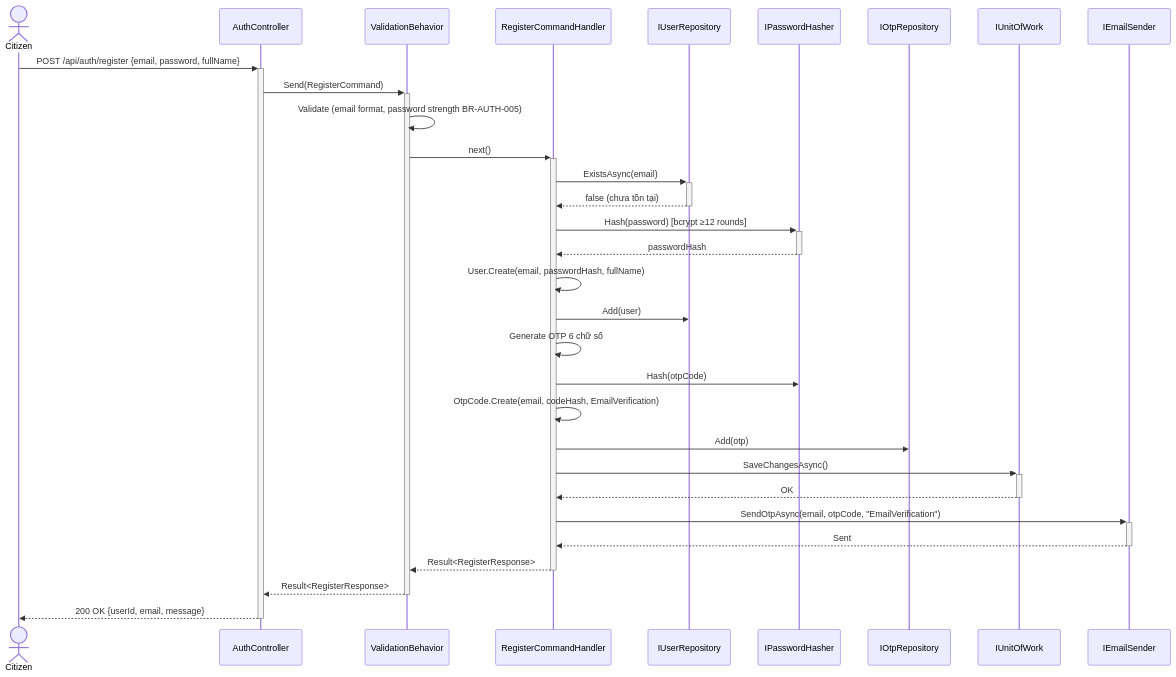
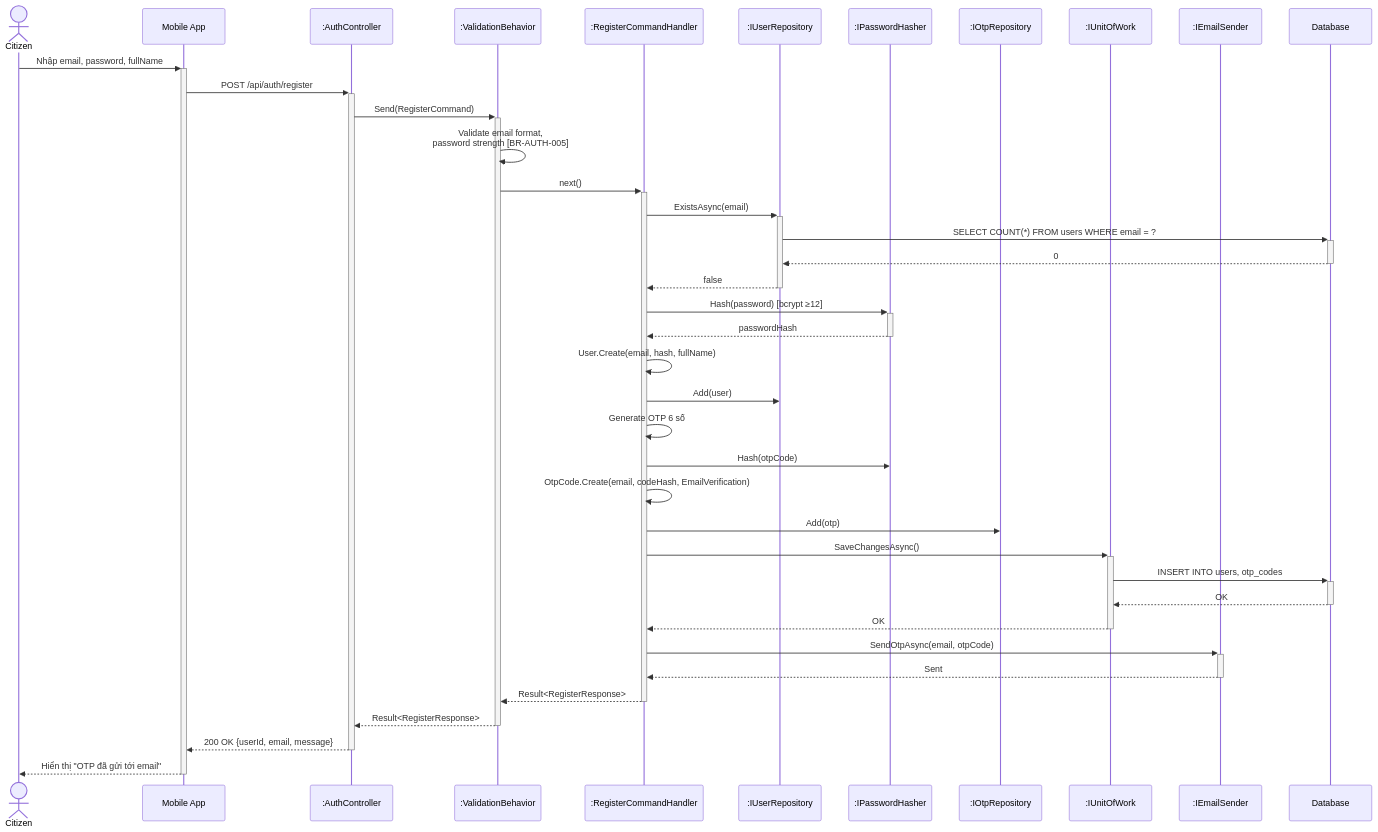
One commit to Capstonne-Project/greenlens-service changed the first of 25 diagrams in docs/BusinessRule/SEQUENCE_DIAGRAMS.md. Above: the diagram before and after it, drawn with Mermaid. The commit also changed other lines of this file, not shown here.

Commit message:
fix(docs): enhance format sequence diagram

````diff
--- a/docs/BusinessRule/SEQUENCE_DIAGRAMS.md
+++ b/docs/BusinessRule/SEQUENCE_DIAGRAMS.md
@@ -17,41 +21,49 @@
 ```mermaid
 sequenceDiagram
     actor Citizen
-    participant API as AuthController
-    participant Val as ValidationBehavior
-    participant Handler as RegisterCommandHandler
-    participant UserRepo as IUserRepository
-    participant Hasher as IPasswordHasher
-    participant OtpRepo as IOtpRepository
-    participant UoW as IUnitOfWork
-    participant Email as IEmailSender
+    participant App as Mobile App
+    participant Ctrl as :AuthController
+    participant Val as :ValidationBehavior
+    participant Hdl as :RegisterCommandHandler
+    participant Repo as :IUserRepository
+    participant Hash as :IPasswordHasher
+    participant OtpRepo as :IOtpRepository
+    participant UoW as :IUnitOfWork
+    participant Email as :IEmailSender
+    participant DB as Database
 
-    Citizen->>+API: POST /api/auth/register {email, password, fullName}
-    API->>+Val: Send(RegisterCommand)
-    Val->>Val: Validate (email format, password strength BR-AUTH-005)
-    Val->>+Handler: next()
+    Citizen->>+App: Nhập email, password, fullName
+    App->>+Ctrl: POST /api/auth/register
+    Ctrl->>+Val: Send(RegisterCommand)
+    Val->>Val: Validate email format,<br/>password strength [BR-AUTH-005]
+    Val->>+Hdl: next()
 
-    Handler->>+UserRepo: ExistsAsync(email)
-    UserRepo-->>-Handler: false (chưa tồn tại)
+    Hdl->>+Repo: ExistsAsync(email)
+    Repo->>+DB: SELECT COUNT(*) FROM users WHERE email = ?
+    DB-->>-Repo: 0
+    Repo-->>-Hdl: false
 
-    Handler->>+Hasher: Hash(password) [bcrypt ≥12 rounds]
-    Hasher-->>-Handler: passwordHash
+    Hdl->>+Hash: Hash(password) [bcrypt ≥12]
+    Hash-->>-Hdl: passwordHash
 
-    Handler->>Handler: User.Create(email, passwordHash, fullName)
-    Handler->>UserRepo: Add(user)
+    Hdl->>Hdl: User.Create(email, hash, fullName)
+    Hdl->>Repo: Add(user)
 
-    Handler->>Handler: Generate OTP 6 chữ số
-    Handler->>Hasher: Hash(otpCode)
-    Handler->>Handler: OtpCode.Create(email, codeHash, EmailVerification)
-    Handler->>OtpRepo: Add(otp)
+    Hdl->>Hdl: Generate OTP 6 số
+    Hdl->>Hash: Hash(otpCode)
+    Hdl->>Hdl: OtpCode.Create(email, codeHash, EmailVerification)
+    Hdl->>OtpRepo: Add(otp)
 
-    Handler->>+UoW: SaveChangesAsync()
-    UoW-->>-Handler: OK
+    Hdl->>+UoW: SaveChangesAsync()
+    UoW->>+DB: INSERT INTO users, otp_codes
+    DB-->>-UoW: OK
+    UoW-->>-Hdl: OK
 
-    Handler->>+Email: SendOtpAsync(email, otpCode, "EmailVerification")
-    Email-->>-Handler: Sent
+    Hdl->>+Email: SendOtpAsync(email, otpCode)
+    Email-->>-Hdl: Sent
 
-    Handler-->>-Val: Result<RegisterResponse>
-    Val-->>-API: Result<RegisterResponse>
-    API-->>-Citizen: 200 OK {userId, email, message}
+    Hdl-->>-Val: Result<RegisterResponse>
+    Val-->>-Ctrl: Result<RegisterResponse>
+    Ctrl-->>-App: 200 OK {userId, email, message}
+    App-->>-Citizen: Hiển thị "OTP đã gửi tới email"
 ```
````
